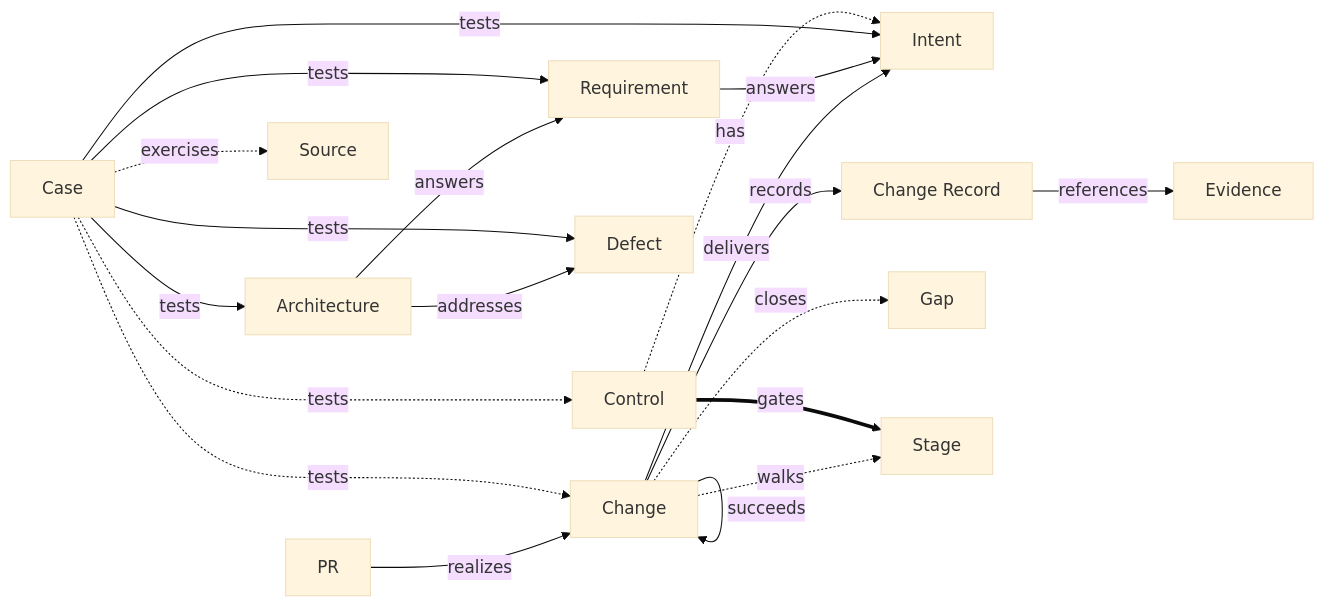
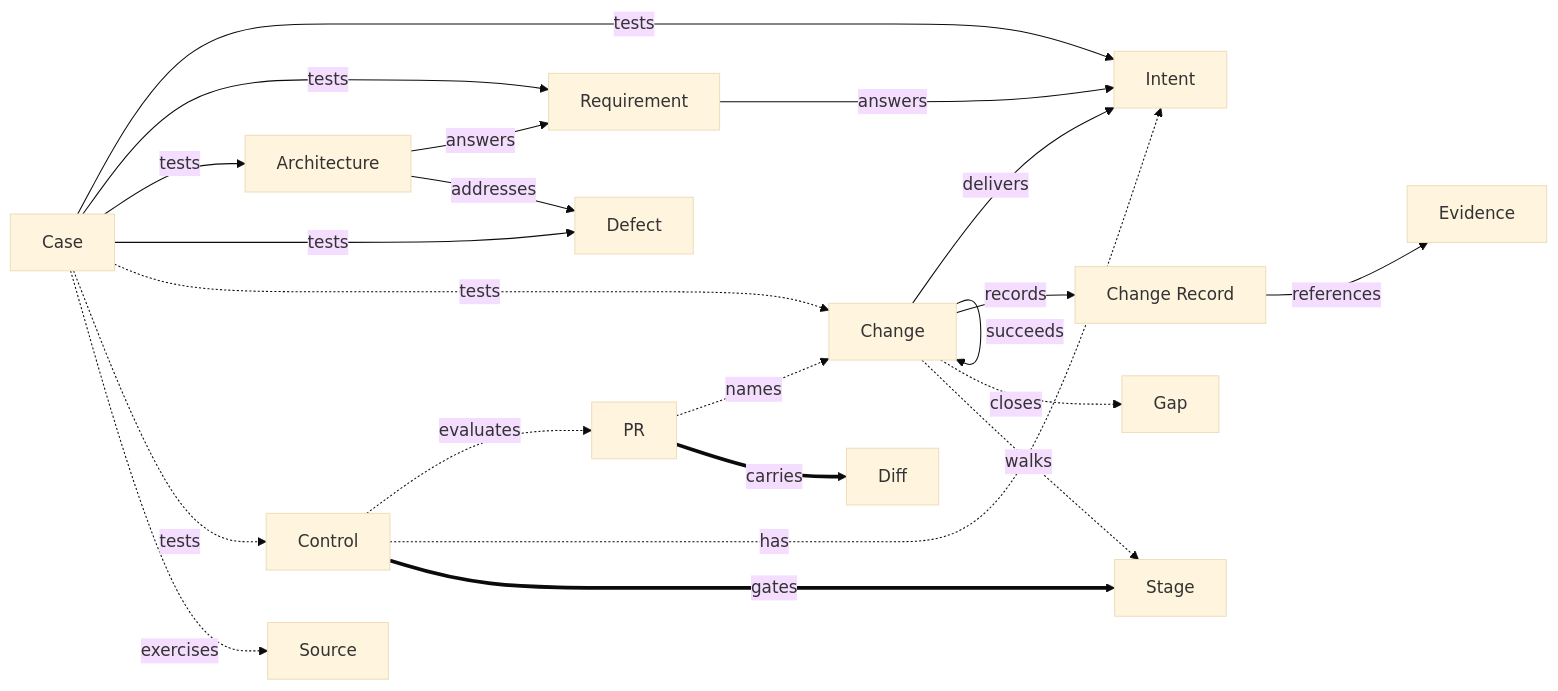
Before and after one commit to Kai-Hacks-AI/KAAL: the diagram in engineering/metamodel/metamodel.md, drawn with Mermaid (base theme). The commit also changed other lines of this file and 8 other files, not shown here.

First line of the commit message:
DO: a PR carries a Diff and names a Change, it does not realize one; Controls evaluate it (release/C71)

````diff
--- a/engineering/metamodel/metamodel.md
+++ b/engineering/metamodel/metamodel.md
@@ -30,22 +30,24 @@
 ```mermaid
 flowchart LR
   Change -->|delivers| Intent
   Requirement -->|answers| Intent
   Architecture -->|answers| Requirement
   Architecture -->|addresses| Defect
   Case -->|tests| Intent
   Case -->|tests| Requirement
   Case -->|tests| Architecture
   Case -->|tests| Defect
   Change -->|succeeds| Change
   Change -->|records| ChangeRecord["Change Record"]
   ChangeRecord -->|references| Evidence
-  PR -->|realizes| Change
+  PR -.->|names| Change
+  PR ==>|carries| Diff
+  Control -.->|evaluates| PR
   Control -.->|has| Intent
   Case -.->|tests| Change
   Case -.->|tests| Control
   Case -.->|exercises| Source
   Change -.->|closes| Gap
   Change -.->|walks| Stage
   Control ==>|gates| Stage
 ```
````
